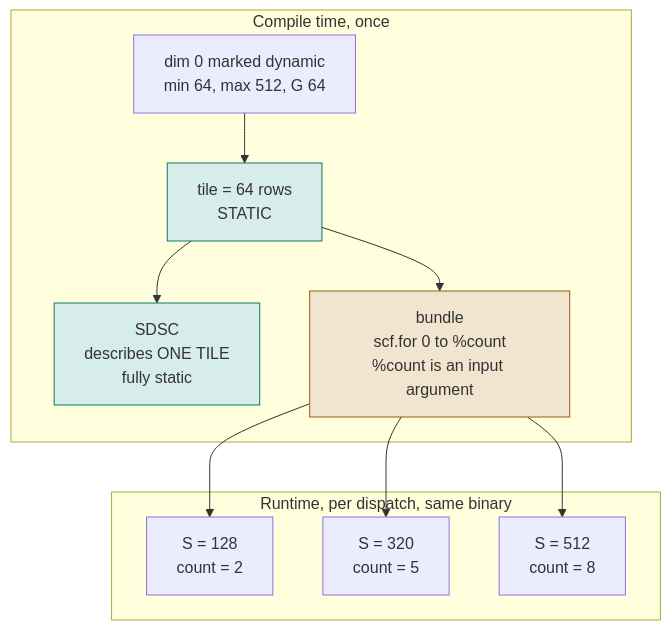
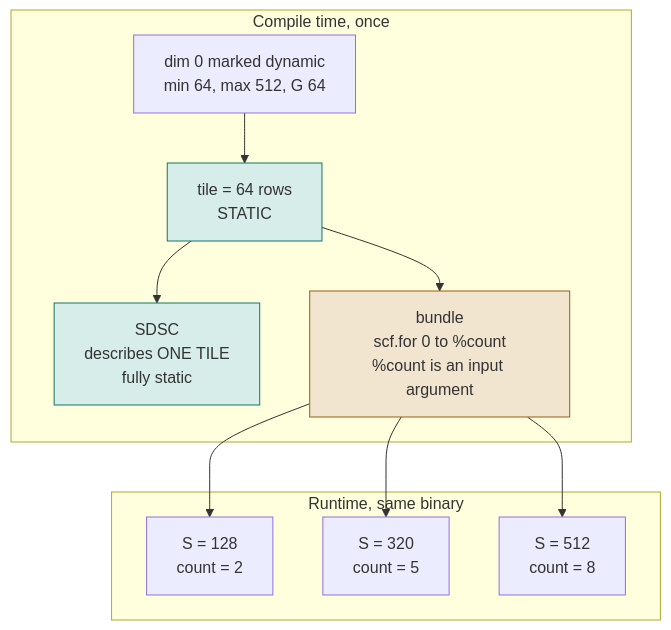
Before and after one commit to GopikrishnaGitRepo/torch-spyre: the second of 13 diagrams in docs/source/compiler/symbolic_shapes.md, drawn with Mermaid. The commit also changed other lines of this file, not shown here.

````diff
--- a/docs/source/compiler/symbolic_shapes.md
+++ b/docs/source/compiler/symbolic_shapes.md
@@ -84,24 +83,24 @@
 ```mermaid
 flowchart TB
   subgraph ct["Compile time, once"]
     m["dim 0 marked dynamic<br/>min 64, max 512, G 64"]
     t["tile = 64 rows<br/>STATIC"]
     sd["SDSC<br/>describes ONE TILE<br/>fully static"]
     bu["bundle<br/>scf.for 0 to %count<br/>%count is an input argument"]
     m --> t
     t --> sd
     t --> bu
   end
-  subgraph rtm["Runtime, per dispatch, same binary"]
+  subgraph rtm["Runtime, same binary"]
     d1["S = 128<br/>count = 2"]
     d2["S = 320<br/>count = 5"]
     d3["S = 512<br/>count = 8"]
   end
   bu --> d1
   bu --> d2
   bu --> d3
   classDef st fill:#d7ede9,stroke:#0f766e;
   classDef sy fill:#f2e5d0,stroke:#9a5a12;
   class t,sd st
   class bu sy
 ```
````
